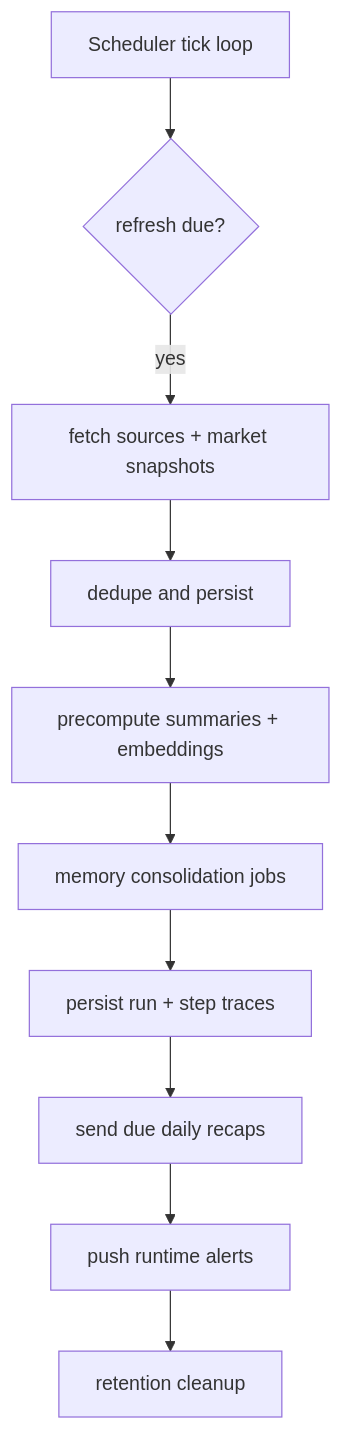
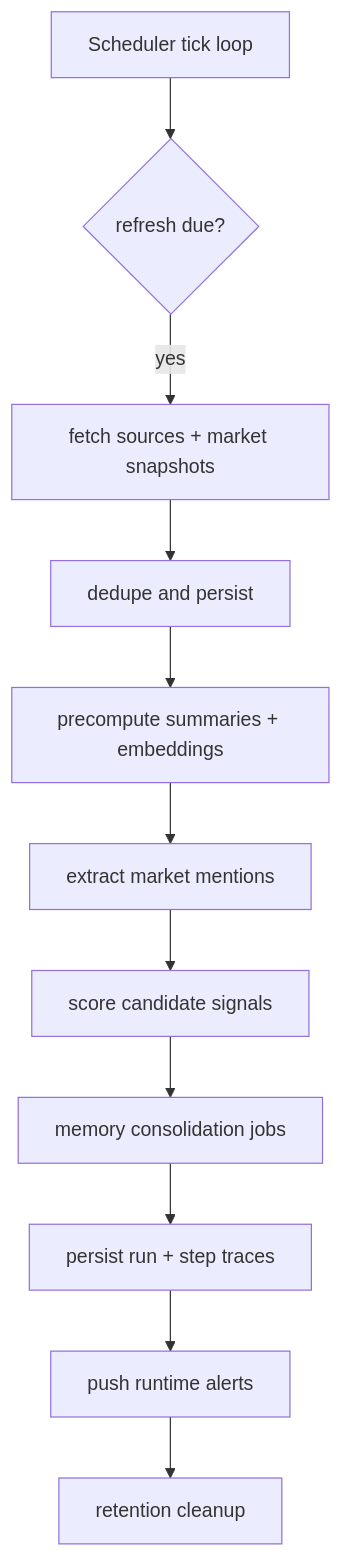
One commit to whr129/Hello-Stock changed the second of 2 diagrams in README.md. Above: the diagram before and after it, drawn with Mermaid. The commit also changed other lines of this file and 66 other files, not shown here.

````diff
--- a/README.md
+++ b/README.md
@@ -52,12 +53,13 @@
 ```mermaid
 flowchart TD
     tick[Scheduler tick loop] --> refresh{refresh due?}
     refresh -->|yes| fetch[fetch sources + market snapshots]
     fetch --> store[dedupe and persist]
     store --> summarize[precompute summaries + embeddings]
-    summarize --> memory[memory consolidation jobs]
+    summarize --> mentions[extract market mentions]
+    mentions --> score[score candidate signals]
+    score --> memory[memory consolidation jobs]
     memory --> trace[persist run + step traces]
-    trace --> recap[send due daily recaps]
-    recap --> alerts[push runtime alerts]
+    trace --> alerts[push runtime alerts]
     alerts --> cleanup[retention cleanup]
 ```
````
